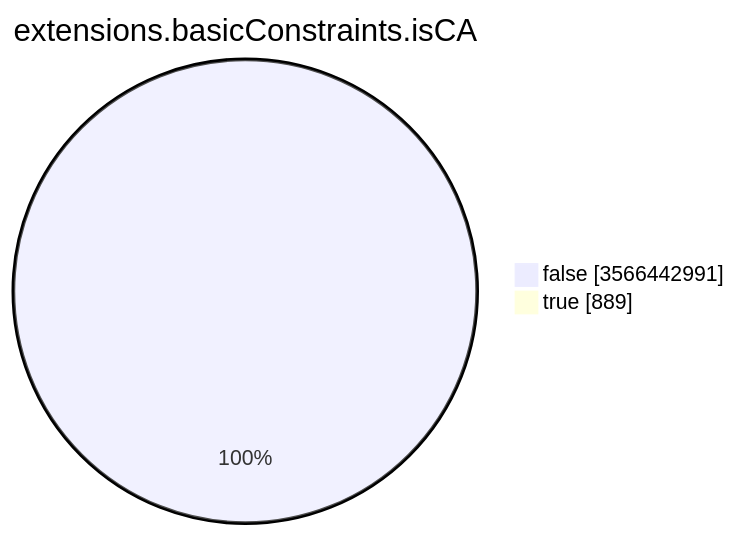
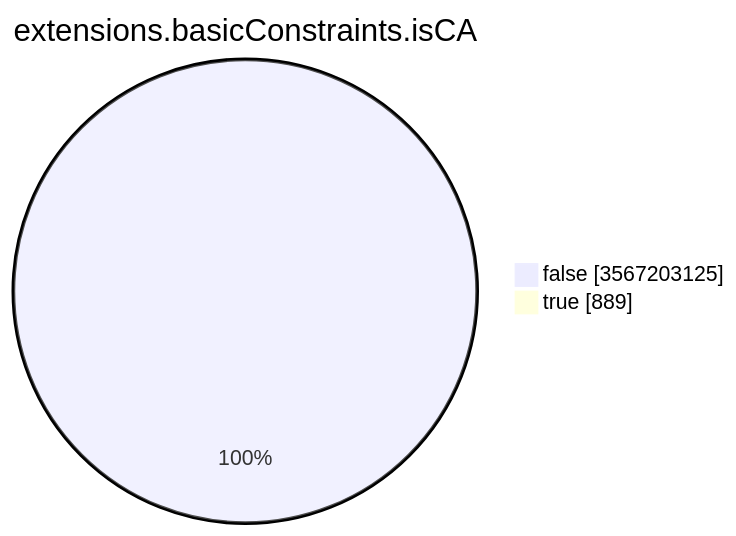
Before and after one commit to christiankrug/ctmonitor_visualization: the seventh of 15 diagrams in TOTAL/README.md, drawn with Mermaid. The commit also changed other lines of this file, not shown here.

````diff
--- a/TOTAL/README.md
+++ b/TOTAL/README.md
@@ -3094,6 +3094,6 @@
 ```mermaid
 pie showData
 title extensions.basicConstraints.isCA
-"false" :3566442991
+"false" :3567203125
 "true" :889
 ```
````
